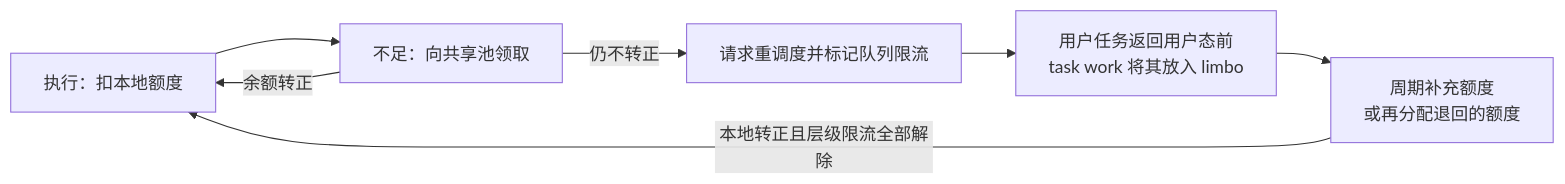
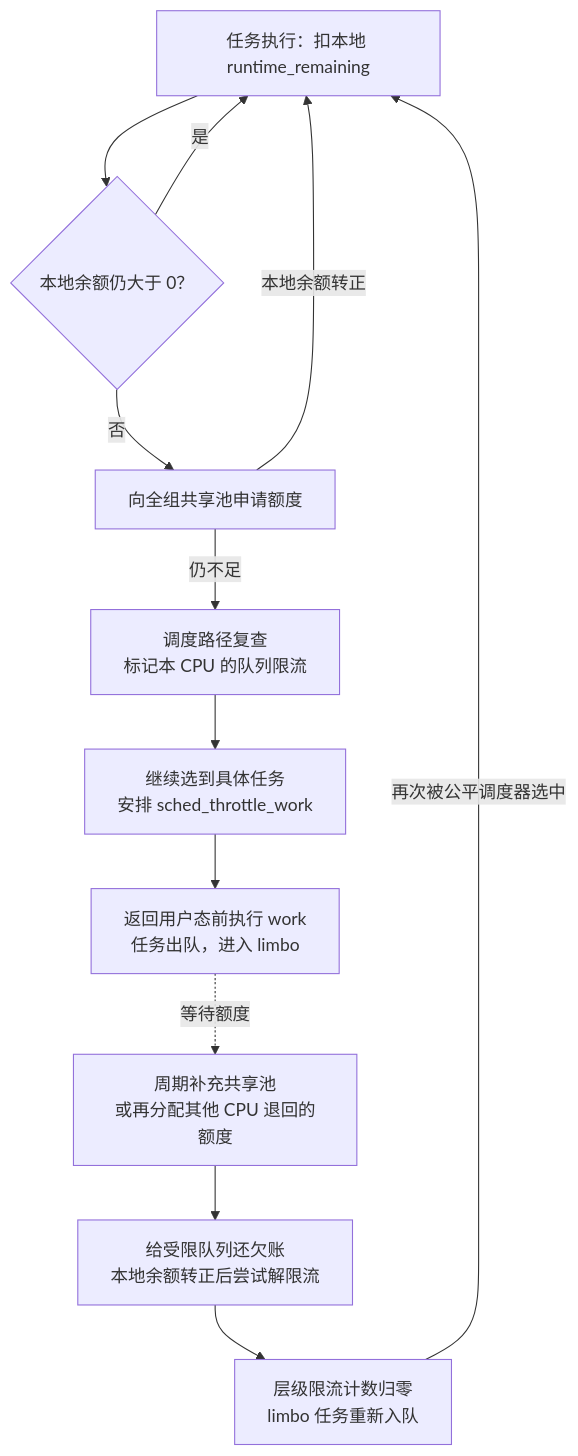
One commit to linuxperf/linux-study changed diagram 13 of 17 in interview/sched/cgroup2.md. Above: the diagram before and after it, drawn with Mermaid. The commit also changed other lines of this file and 3 other files, not shown here.

````diff
--- a/interview/sched/cgroup2.md
+++ b/interview/sched/cgroup2.md
@@ -847,9 +1239,14 @@
 ```mermaid
-flowchart LR
-    RUN["执行：扣本地额度"] --> GET["不足：向共享池领取"]
-    GET -->|"余额转正"| RUN
-    GET -->|"仍不转正"| MARK["请求重调度并标记队列限流"]
-    MARK --> WORK["用户任务返回用户态前<br/>task work 将其放入 limbo"]
-    WORK --> REFILL["周期补充额度<br/>或再分配退回的额度"]
-    REFILL -->|"本地转正且层级限流全部解除"| RUN
+flowchart TD
+    RUN["任务执行：扣本地 runtime_remaining"] --> CHECK{"本地余额仍大于 0？"}
+    CHECK -->|"是"| RUN
+    CHECK -->|"否"| GET["向全组共享池申请额度"]
+    GET -->|"本地余额转正"| RUN
+    GET -->|"仍不足"| MARK["调度路径复查<br/>标记本 CPU 的队列限流"]
+    MARK --> PICK["继续选到具体任务<br/>安排 sched_throttle_work"]
+    PICK --> STOP["返回用户态前执行 work<br/>任务出队，进入 limbo"]
+    STOP -.->|"等待额度"| REFILL["周期补充共享池<br/>或再分配其他 CPU 退回的额度"]
+    REFILL --> DIST["给受限队列还欠账<br/>本地余额转正后尝试解限流"]
+    DIST --> READY["层级限流计数归零<br/>limbo 任务重新入队"]
+    READY -->|"再次被公平调度器选中"| RUN
 ```
````
